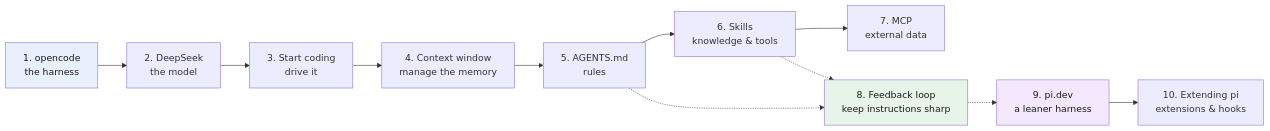
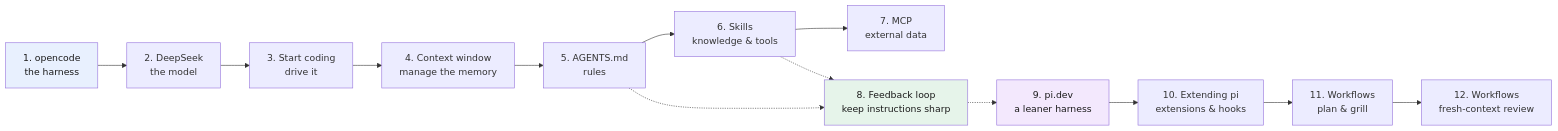
The diagram in README.md (ethaizone/ai-training-for-software-developer), drawn with Mermaid before and after one commit. The commit also changed other lines of this file and 6 other files, not shown here.

````diff
--- a/README.md
+++ b/README.md
@@ -22,16 +22,18 @@
 ```mermaid
 flowchart LR
     A["1. opencode<br/>the harness"] --> B["2. DeepSeek<br/>the model"]
     B --> C["3. Start coding<br/>drive it"]
     C --> CW["4. Context window<br/>manage the memory"]
     CW --> D["5. AGENTS.md<br/>rules"]
     D --> E["6. Skills<br/>knowledge & tools"]
     E --> F["7. MCP<br/>external data"]
     D -.-> G["8. Feedback loop<br/>keep instructions sharp"]
     E -.-> G
     G -.-> H["9. pi.dev<br/>a leaner harness"]
     H --> I["10. Extending pi<br/>extensions & hooks"]
+    I --> J["11. Workflows<br/>plan & grill"]
+    J --> K["12. Workflows<br/>fresh-context review"]
     style A fill:#e8f0fe,color:#1a1a1a
     style G fill:#e6f4ea,color:#1a1a1a
     style H fill:#f3e8fd,color:#1a1a1a
 ```
````
